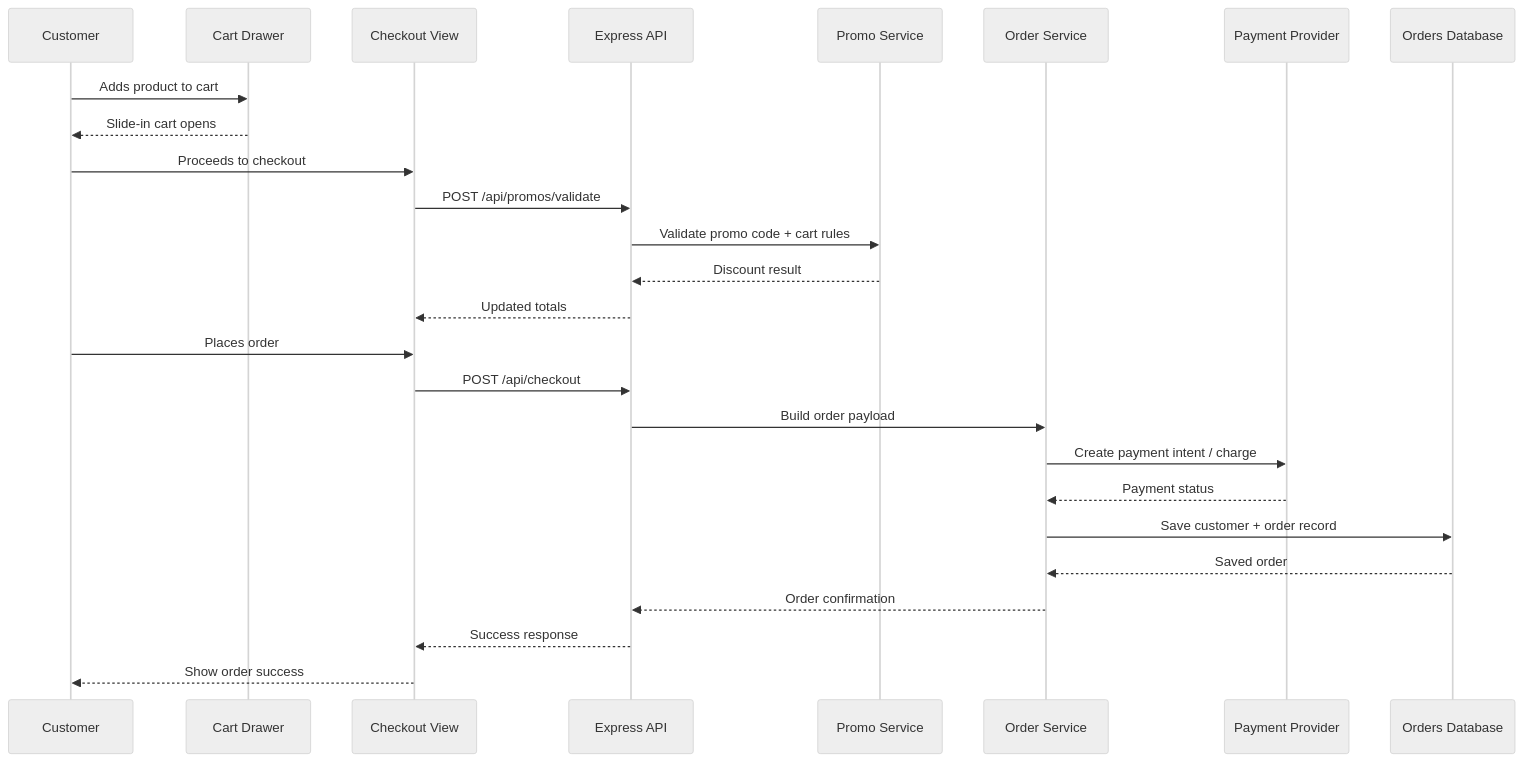
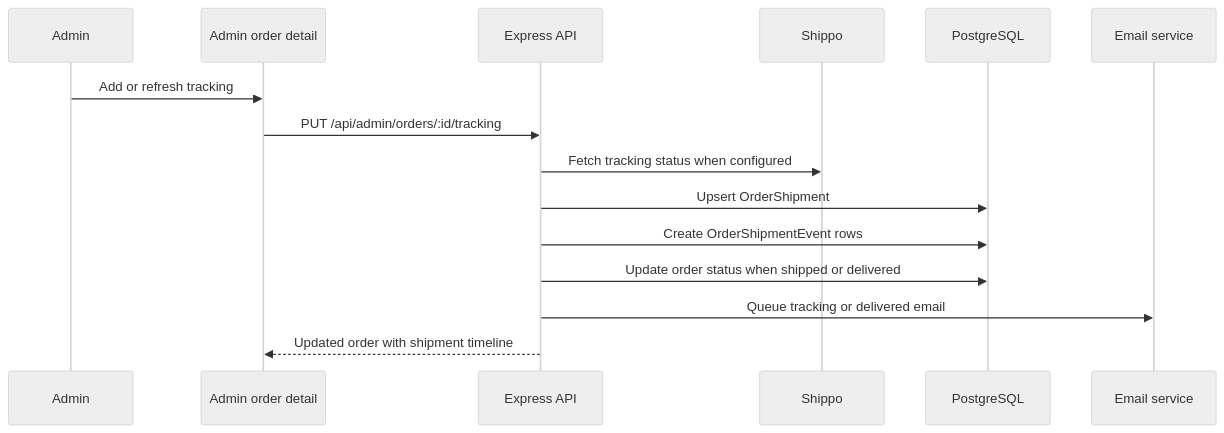
The third of 4 diagrams in doggy_ent_vue/docs/architecture/mockdiagram.md (alvarezaaronAI/doggy-ent), drawn with Mermaid (neutral theme) before and after one commit. The commit also changed other lines of this file and 73 other files, not shown here.

Commit message:
Refine checkout and admin flows

````diff
--- a/doggy_ent_vue/docs/architecture/mockdiagram.md
+++ b/doggy_ent_vue/docs/architecture/mockdiagram.md
@@ -143,29 +117,18 @@
 ```mermaid
 sequenceDiagram
-  participant Customer
-  participant Cart as Cart Drawer
-  participant Checkout as Checkout View
+  participant Admin
+  participant UI as Admin order detail
   participant API as Express API
-  participant Promo as Promo Service
-  participant Order as Order Service
-  participant Pay as Payment Provider
-  participant DB as Orders Database
+  participant Shippo
+  participant DB as PostgreSQL
+  participant Email as Email service
 
-  Customer->>Cart: Adds product to cart
-  Cart-->>Customer: Slide-in cart opens
-  Customer->>Checkout: Proceeds to checkout
-  Checkout->>API: POST /api/promos/validate
-  API->>Promo: Validate promo code + cart rules
-  Promo-->>API: Discount result
-  API-->>Checkout: Updated totals
-  Customer->>Checkout: Places order
-  Checkout->>API: POST /api/checkout
-  API->>Order: Build order payload
-  Order->>Pay: Create payment intent / charge
-  Pay-->>Order: Payment status
-  Order->>DB: Save customer + order record
-  DB-->>Order: Saved order
-  Order-->>API: Order confirmation
-  API-->>Checkout: Success response
-  Checkout-->>Customer: Show order success
+  Admin->>UI: Add or refresh tracking
+  UI->>API: PUT /api/admin/orders/:id/tracking
+  API->>Shippo: Fetch tracking status when configured
+  API->>DB: Upsert OrderShipment
+  API->>DB: Create OrderShipmentEvent rows
+  API->>DB: Update order status when shipped or delivered
+  API->>Email: Queue tracking or delivered email
+  API-->>UI: Updated order with shipment timeline
 ```
````
